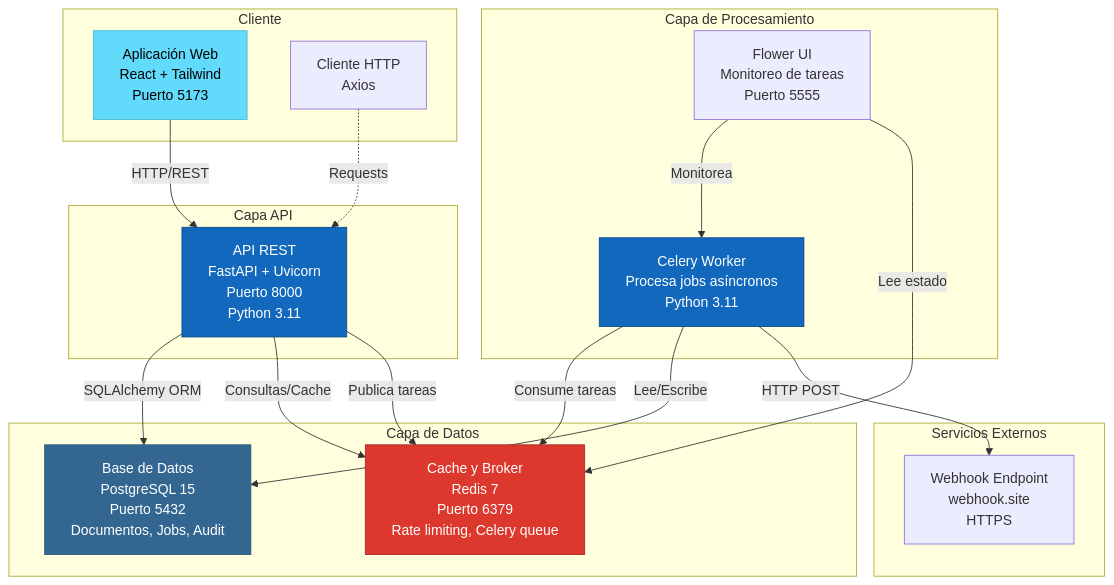
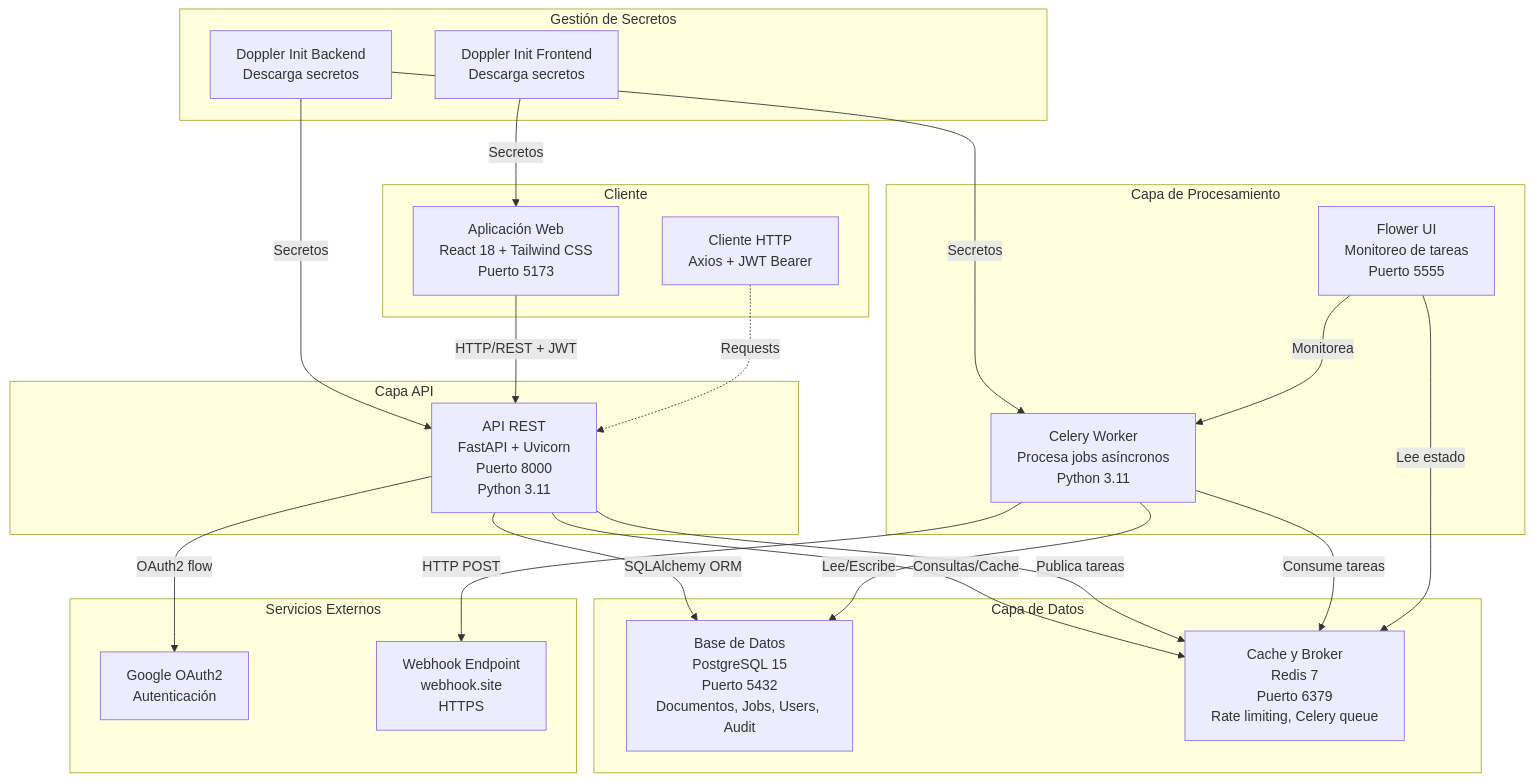
One commit to abyssorcdev/duppla changed the second of 16 diagrams in docs/project_design.md. Above: the diagram before and after it, drawn with Mermaid. The commit also changed other lines of this file, not shown here.

````diff
--- a/docs/project_design.md
+++ b/docs/project_design.md
@@ -51,45 +56,50 @@
 ```mermaid
 graph TB
-    subgraph ClientLayer[Cliente]
-        WebApp[Aplicación Web<br/>React + Tailwind<br/>Puerto 5173]
-        APIClient[Cliente HTTP<br/>Axios]
+    subgraph ClientLayer["Cliente"]
+        WebApp["Aplicación Web<br/>React 18 + Tailwind CSS<br/>Puerto 5173"]
+        APIClient["Cliente HTTP<br/>Axios + JWT Bearer"]
     end
 
-    subgraph APILayer[Capa API]
-        FastAPI[API REST<br/>FastAPI + Uvicorn<br/>Puerto 8000<br/>Python 3.11]
+    subgraph SecretsLayer["Gestión de Secretos"]
+        DopplerBackend["Doppler Init Backend<br/>Descarga secretos"]
+        DopplerFrontend["Doppler Init Frontend<br/>Descarga secretos"]
     end
 
-    subgraph WorkerLayer[Capa de Procesamiento]
-        CeleryWorker[Celery Worker<br/>Procesa jobs asíncronos<br/>Python 3.11]
-        Flower[Flower UI<br/>Monitoreo de tareas<br/>Puerto 5555]
+    subgraph APILayer["Capa API"]
+        FastAPI["API REST<br/>FastAPI + Uvicorn<br/>Puerto 8000<br/>Python 3.11"]
     end
 
-    subgraph DataLayer[Capa de Datos]
-        PostgreSQL[Base de Datos<br/>PostgreSQL 15<br/>Puerto 5432<br/>Documentos, Jobs, Audit]
-        Redis[Cache y Broker<br/>Redis 7<br/>Puerto 6379<br/>Rate limiting, Celery queue]
+    subgraph WorkerLayer["Capa de Procesamiento"]
+        CeleryWorker["Celery Worker<br/>Procesa jobs asíncronos<br/>Python 3.11"]
+        Flower["Flower UI<br/>Monitoreo de tareas<br/>Puerto 5555"]
     end
 
-    subgraph ExternalLayer[Servicios Externos]
-        WebhookEndpoint[Webhook Endpoint<br/>webhook.site<br/>HTTPS]
+    subgraph DataLayer["Capa de Datos"]
+        PostgreSQL["Base de Datos<br/>PostgreSQL 15<br/>Puerto 5432<br/>Documentos, Jobs, Users, Audit"]
+        Redis["Cache y Broker<br/>Redis 7<br/>Puerto 6379<br/>Rate limiting, Celery queue"]
     end
 
-    WebApp -->|HTTP/REST| FastAPI
-    APIClient -.->|Requests| FastAPI
+    subgraph ExternalLayer["Servicios Externos"]
+        GoogleAuth["Google OAuth2<br/>Autenticación"]
+        WebhookEndpoint["Webhook Endpoint<br/>webhook.site<br/>HTTPS"]
+    end
 
-    FastAPI -->|SQLAlchemy ORM| PostgreSQL
-    FastAPI -->|Consultas/Cache| Redis
-    FastAPI -->|Publica tareas| Redis
+    DopplerBackend -->|"Secretos"| FastAPI
+    DopplerBackend -->|"Secretos"| CeleryWorker
+    DopplerFrontend -->|"Secretos"| WebApp
 
-    CeleryWorker -->|Consume tareas| Redis
-    CeleryWorker -->|Lee/Escribe| PostgreSQL
-    CeleryWorker -->|HTTP POST| WebhookEndpoint
+    WebApp -->|"HTTP/REST + JWT"| FastAPI
+    APIClient -.->|"Requests"| FastAPI
 
-    Flower -->|Monitorea| CeleryWorker
-    Flower -->|Lee estado| Redis
+    FastAPI -->|"SQLAlchemy ORM"| PostgreSQL
+    FastAPI -->|"Consultas/Cache"| Redis
+    FastAPI -->|"Publica tareas"| Redis
+    FastAPI -->|"OAuth2 flow"| GoogleAuth
 
-    style FastAPI fill:#1168bd,stroke:#0b4884,color:#ffffff
-    style CeleryWorker fill:#1168bd,stroke:#0b4884,color:#ffffff
-    style PostgreSQL fill:#336791,stroke:#2d5a7b,color:#ffffff
-    style Redis fill:#dc382d,stroke:#a82923,color:#ffffff
-    style WebApp fill:#61dafb,stroke:#4ab8d4,color:#000000
+    CeleryWorker -->|"Consume tareas"| Redis
+    CeleryWorker -->|"Lee/Escribe"| PostgreSQL
+    CeleryWorker -->|"HTTP POST"| WebhookEndpoint
+
+    Flower -->|"Monitorea"| CeleryWorker
+    Flower -->|"Lee estado"| Redis
 ```
````
